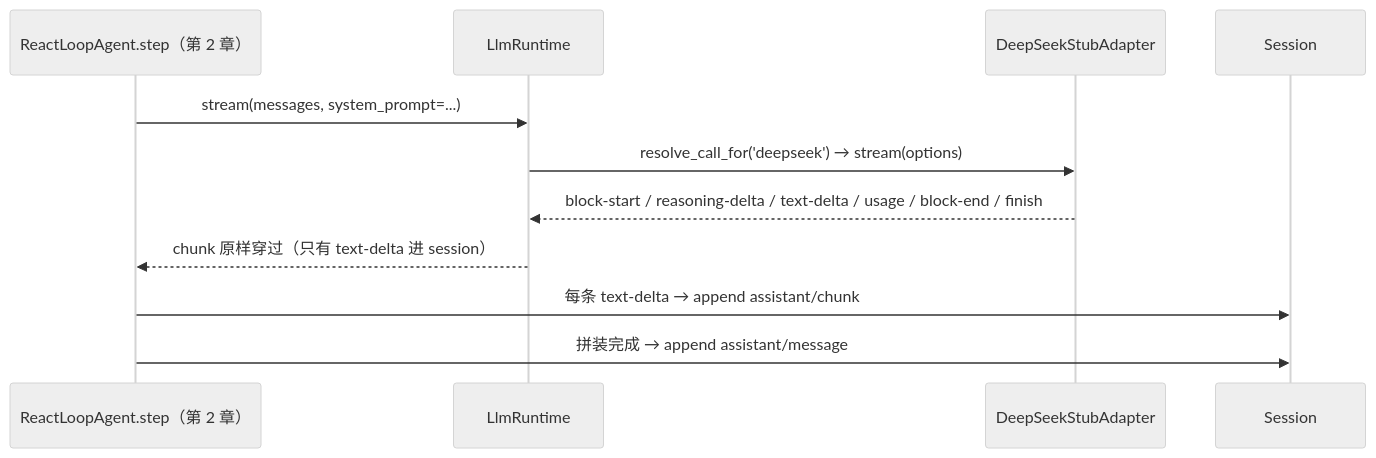
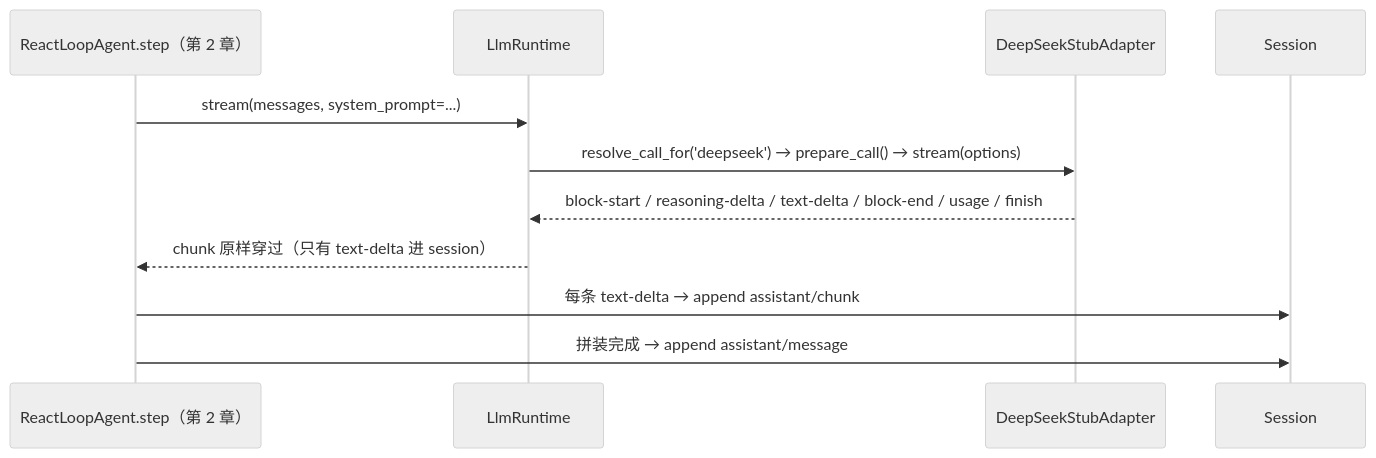
One commit to ChenYu1991ppak/deepseek-harness-anatomy changed the fifth of 5 diagrams in ch07/ch07-llm-adaptation-streaming_zh.md. Above: the diagram before and after it, drawn with Mermaid (neutral theme). The commit also changed other lines of this file and 124 other files, not shown here.

````diff
--- a/ch07/ch07-llm-adaptation-streaming_zh.md
+++ b/ch07/ch07-llm-adaptation-streaming_zh.md
@@ -414,13 +524,13 @@
 ```mermaid
 sequenceDiagram
     participant Agent as ReactLoopAgent.step（第 2 章）
     participant RT as LlmRuntime
     participant DS as DeepSeekStubAdapter
     participant Ses as Session
     Agent->>RT: stream(messages, system_prompt=...)
-    RT->>DS: resolve_call_for('deepseek') → stream(options)
-    DS-->>RT: block-start / reasoning-delta / text-delta / usage / block-end / finish
+    RT->>DS: resolve_call_for('deepseek') → prepare_call() → stream(options)
+    DS-->>RT: block-start / reasoning-delta / text-delta / block-end / usage / finish
     RT-->>Agent: chunk 原样穿过（只有 text-delta 进 session）
     Agent->>Ses: 每条 text-delta → append assistant/chunk
     Agent->>Ses: 拼装完成 → append assistant/message
 ```
````
